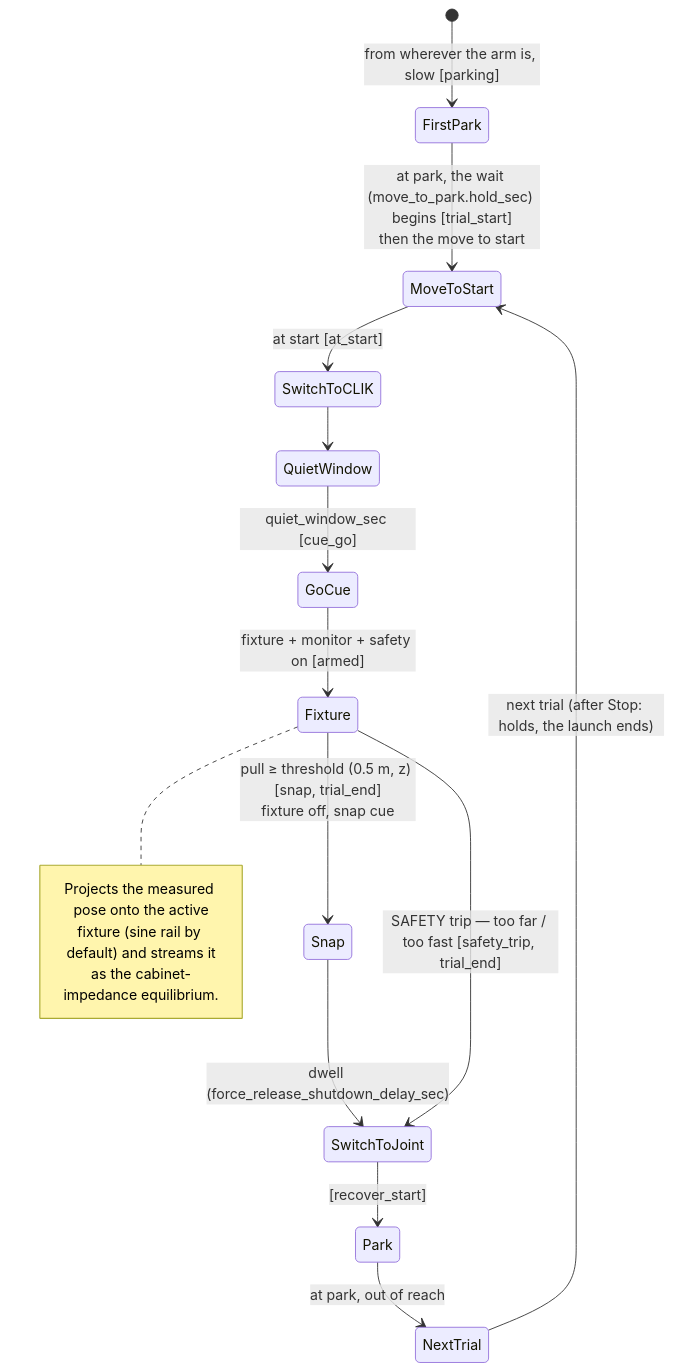
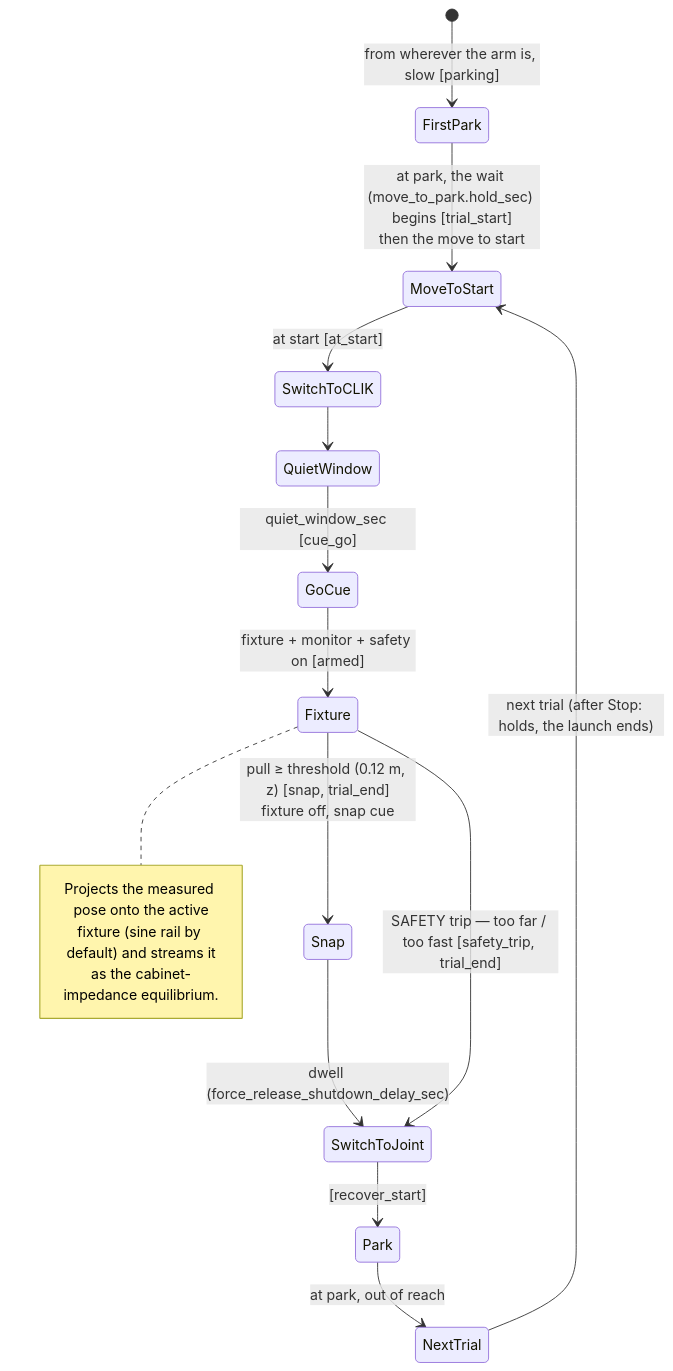
One commit to sinthlab/sinthlab-kuka-stack changed the fifth of 9 diagrams in README.md. Above: the diagram before and after it, drawn with Mermaid. The commit also changed other lines of this file and 11 other files, not shown here.

````diff
--- a/README.md
+++ b/README.md
@@ -1928,20 +1930,20 @@
 ```mermaid
 stateDiagram-v2
     [*] --> FirstPark : from wherever the arm is, slow [parking]
     FirstPark --> MoveToStart : at park, the wait (move_to_park.hold_sec) begins [trial_start]<br/>then the move to start
     MoveToStart --> SwitchToCLIK : at start [at_start]
     SwitchToCLIK --> QuietWindow
     QuietWindow --> GoCue : quiet_window_sec [cue_go]
     GoCue --> Fixture : fixture + monitor + safety on [armed]
     note right of Fixture
       Projects the measured pose onto the active
       fixture (sine rail by default) and streams it
       as the cabinet-impedance equilibrium.
     end note
-    Fixture --> Snap : pull ≥ threshold (0.5 m, z) [snap, trial_end]<br/>fixture off, snap cue
+    Fixture --> Snap : pull ≥ threshold (0.12 m, z) [snap, trial_end]<br/>fixture off, snap cue
     Snap --> SwitchToJoint : dwell (force_release_shutdown_delay_sec)
     Fixture --> SwitchToJoint : SAFETY trip — too far / too fast [safety_trip, trial_end]
     SwitchToJoint --> Park : [recover_start]
     Park --> NextTrial : at park, out of reach
     NextTrial --> MoveToStart : next trial (after Stop: holds, the launch ends)
 ```
````
